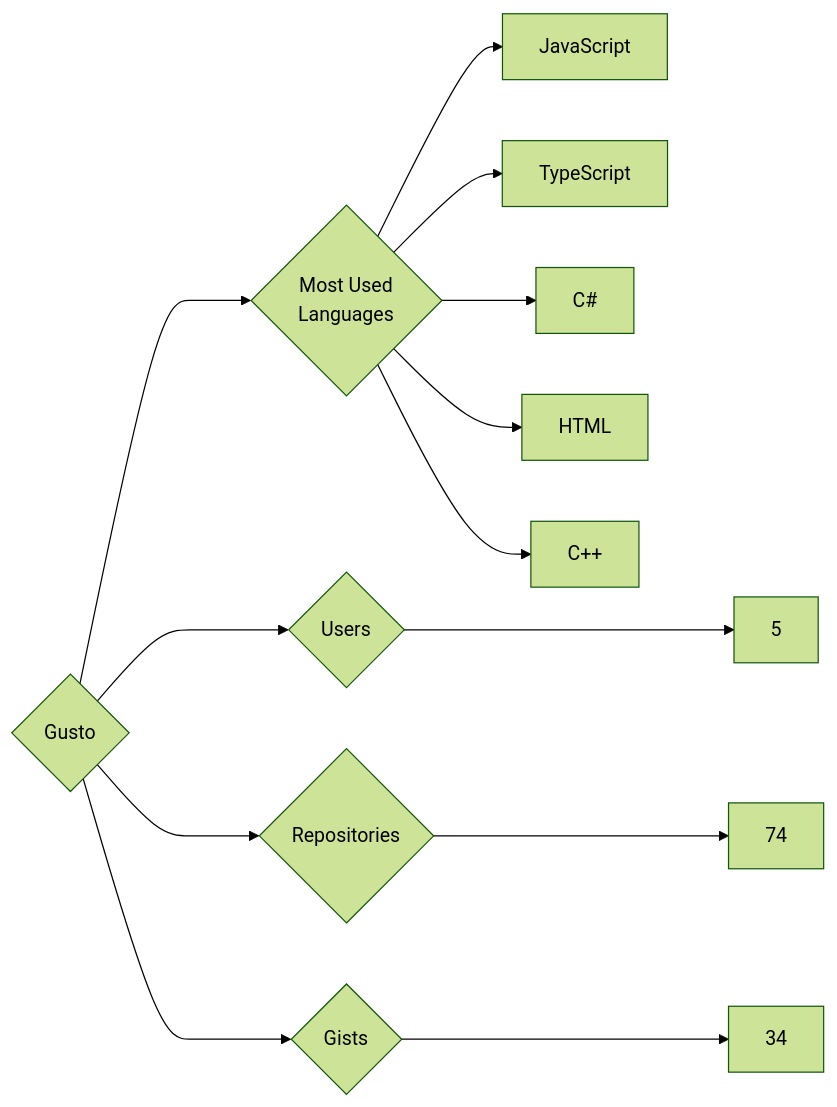
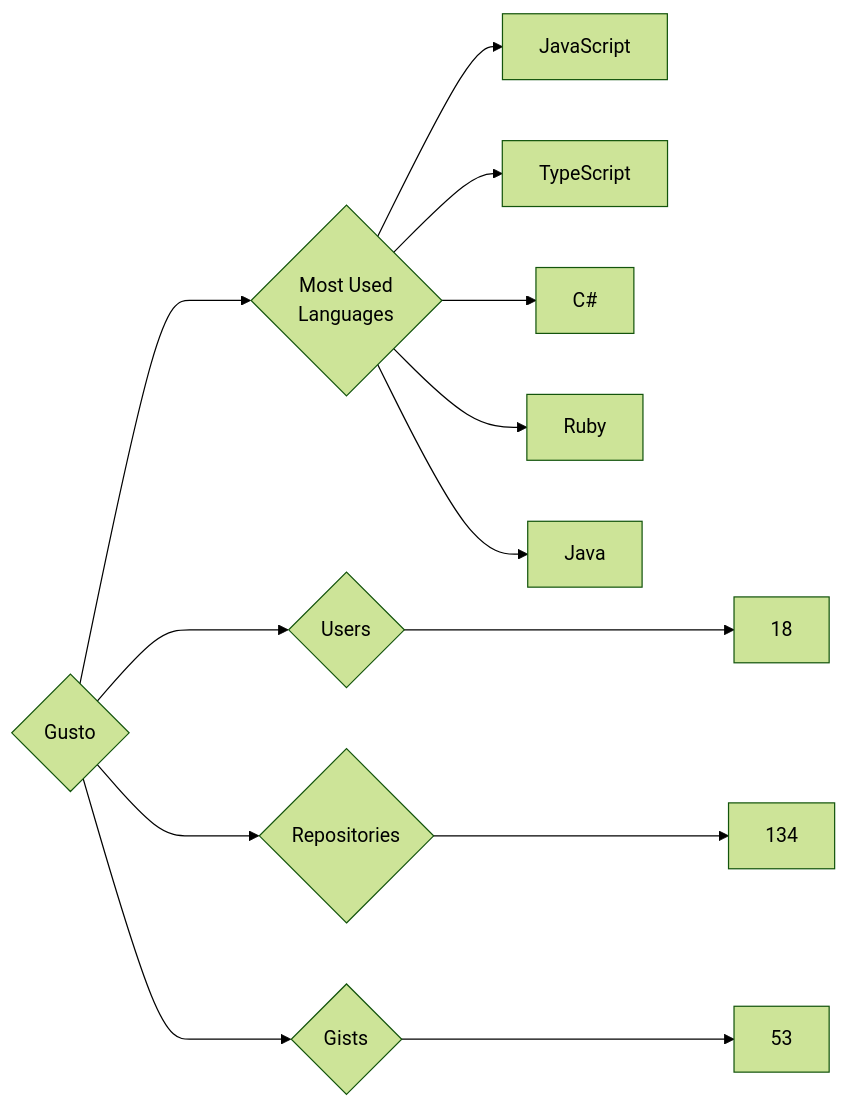
Before and after one commit to trickest/insiders: the diagram in targets/Gusto/README.md, drawn with Mermaid (forest theme). The commit also changed 930 other files, not shown here.

````diff
--- a/targets/Gusto/README.md
+++ b/targets/Gusto/README.md
@@ -3,13 +3,13 @@
 ```mermaid
 graph LR
 COMPANY_NAME{Gusto}
-COMPANY_NAME ---> U{Users} ---> UN[5]
-COMPANY_NAME ---> R{Repositories} ---> RN[74]
-COMPANY_NAME ---> G{Gists} ---> GN[34]
+COMPANY_NAME ---> U{Users} ---> UN[18]
+COMPANY_NAME ---> R{Repositories} ---> RN[134]
+COMPANY_NAME ---> G{Gists} ---> GN[53]
 COMPANY_NAME ---> ML{Most Used<br>Languages}
 ML --> JavaScript[JavaScript]
 ML --> TypeScript[TypeScript]
 ML --> C#[C#]
-ML --> HTML[HTML]
-ML --> C++[C++]
+ML --> Ruby[Ruby]
+ML --> Java[Java]
 ```
````
